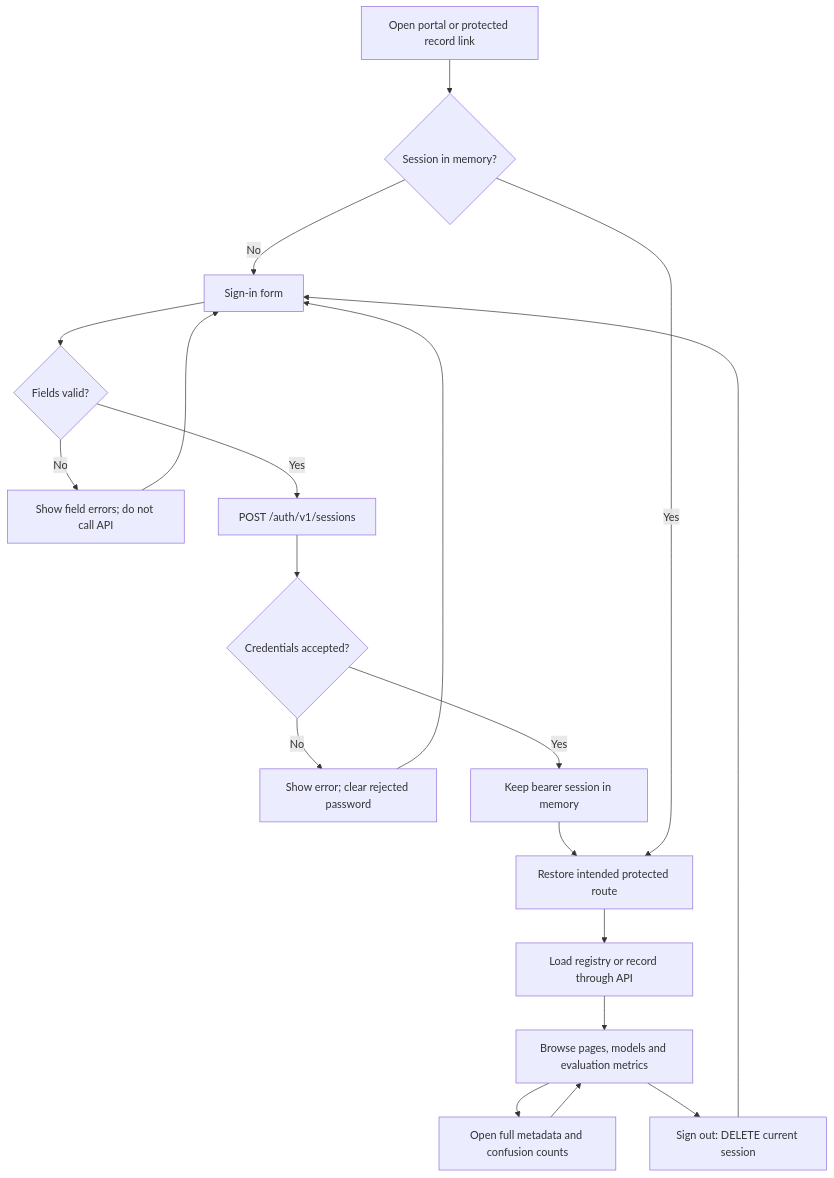
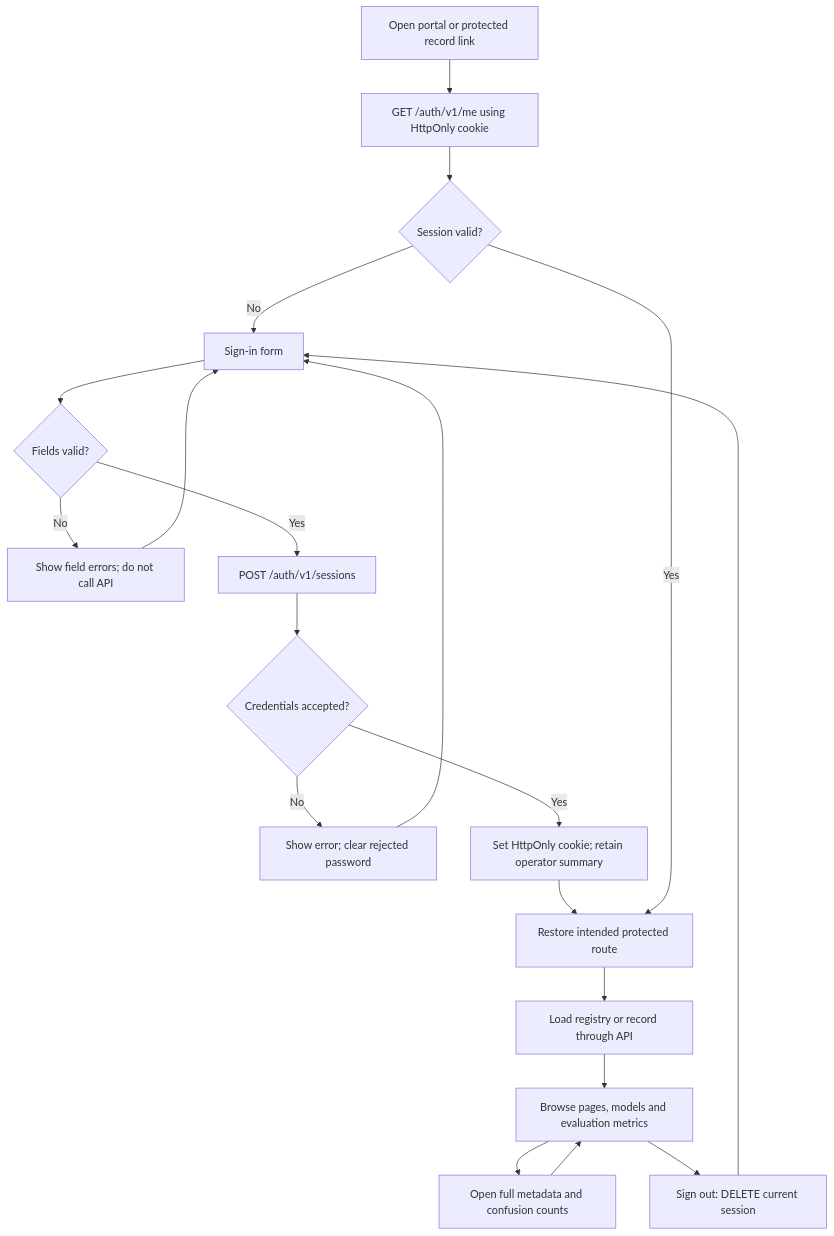
One commit to milalaveo/myocontrol changed the second of 3 diagrams in frontend/ARCHITECTURE.md. Above: the diagram before and after it, drawn with Mermaid. The commit also changed other lines of this file and 27 other files, not shown here.

````diff
--- a/frontend/ARCHITECTURE.md
+++ b/frontend/ARCHITECTURE.md
@@ -61,21 +63,22 @@
 ```mermaid
 flowchart TD
-    Open[Open portal or protected record link] --> Session{Session in memory?}
+    Open[Open portal or protected record link] --> Restore[GET /auth/v1/me using HttpOnly cookie]
+    Restore --> Session{Session valid?}
     Session -->|No| Form[Sign-in form]
     Form --> Valid{Fields valid?}
     Valid -->|No| Fields[Show field errors; do not call API]
     Fields --> Form
     Valid -->|Yes| Login[POST /auth/v1/sessions]
     Login --> Accepted{Credentials accepted?}
     Accepted -->|No| Retry[Show error; clear rejected password]
     Retry --> Form
-    Accepted -->|Yes| Save[Keep bearer session in memory]
+    Accepted -->|Yes| Save[Set HttpOnly cookie; retain operator summary]
     Save --> Destination[Restore intended protected route]
     Session -->|Yes| Destination
     Destination --> List[Load registry or record through API]
     List --> Browse[Browse pages, models and evaluation metrics]
     Browse --> Detail[Open full metadata and confusion counts]
     Detail --> Browse
     Browse --> Logout[Sign out: DELETE current session]
     Logout --> Form
 ```
````
